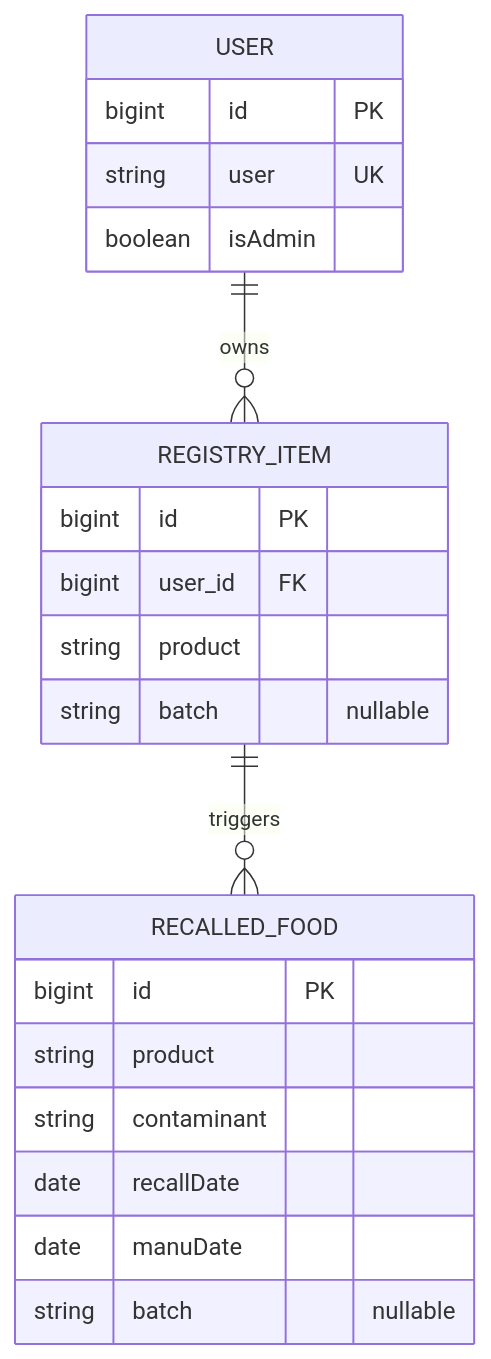
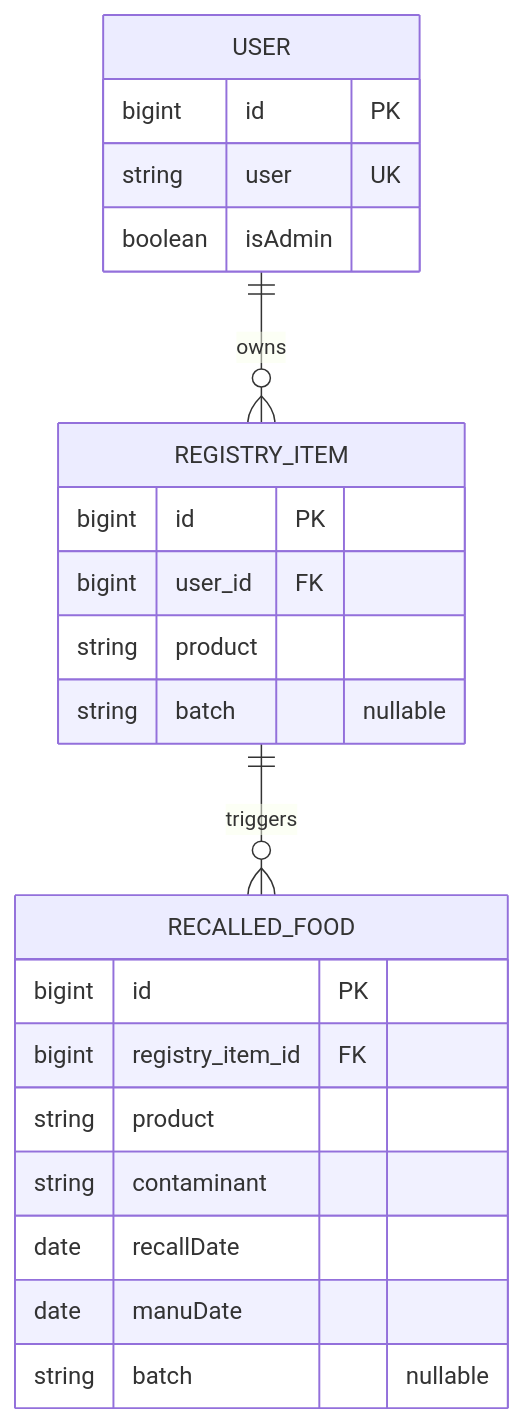
The diagram in docs/proposal.md (Niko-Proud/CST-438_Project_2_API), drawn with Mermaid before and after one commit. The commit also changed 3 other files, not shown here.

Commit message:
Made a erDiagram as well as the endpoint routes.

````diff
--- a/docs/proposal.md
+++ b/docs/proposal.md
@@ -17,24 +17,25 @@
 ```mermaid
 erDiagram
     USER ||--o{ REGISTRY_ITEM : owns
     REGISTRY_ITEM ||--o{ RECALLED_FOOD : triggers
     USER {
         bigint id PK
         string user UK
         boolean isAdmin
     }
     REGISTRY_ITEM {
         bigint id PK
         bigint user_id FK
         string product
         string batch "nullable"
     }
     RECALLED_FOOD {
         bigint id PK
+        bigint registry_item_id FK
         string product
         string contaminant
         date recallDate
         date manuDate
         string batch "nullable"
     }
 ```
````
